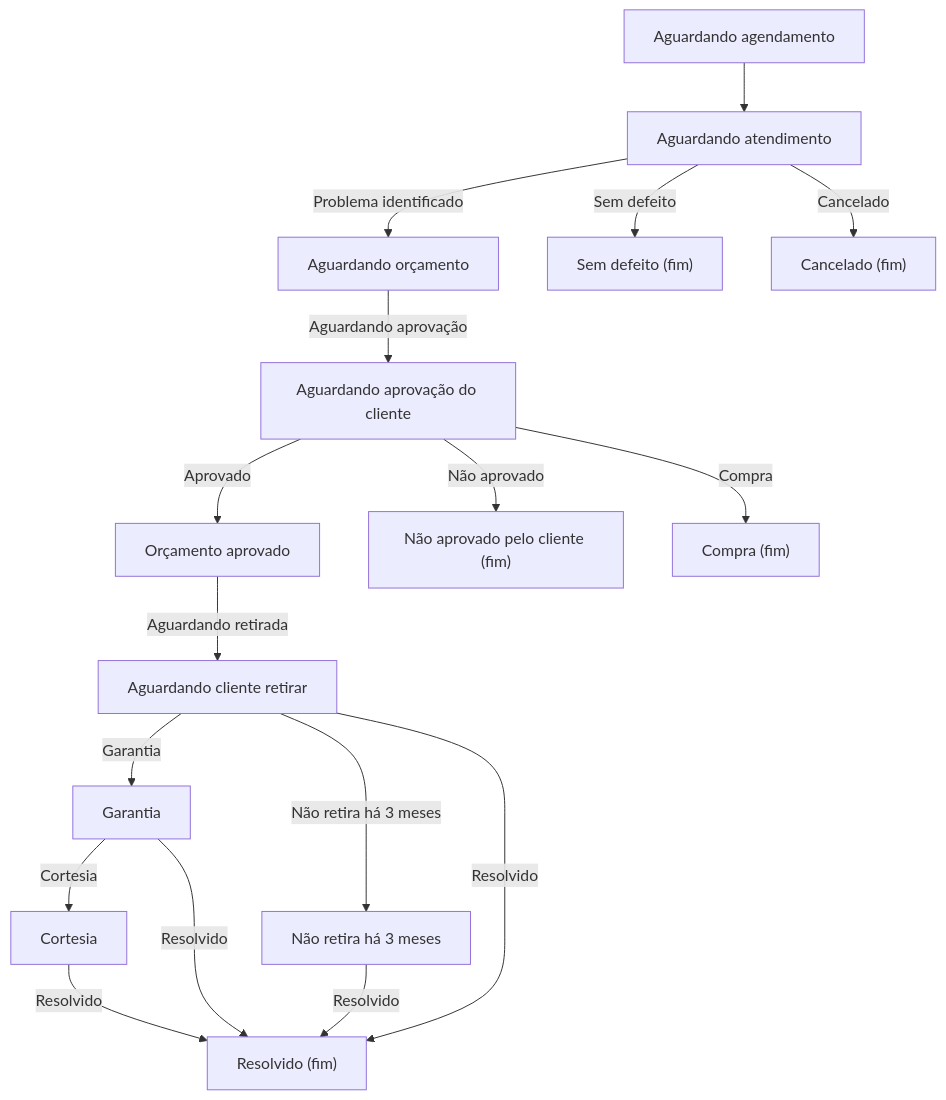
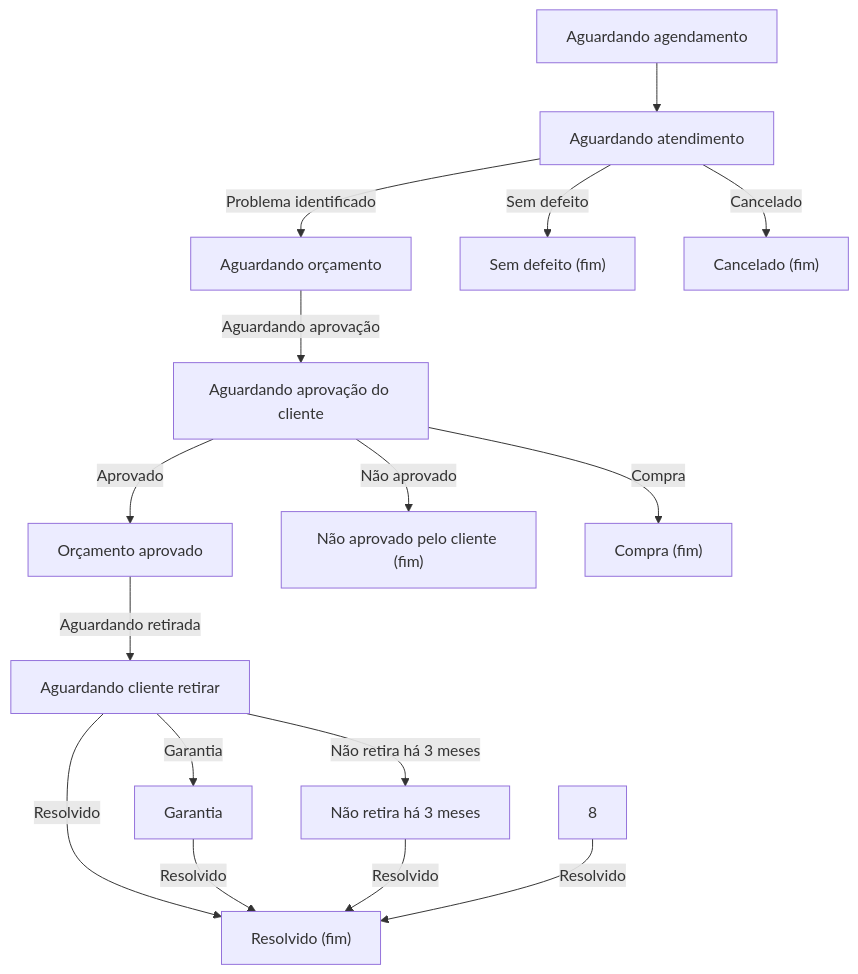
One commit to LucasBonato/ServOeste-Aplicativo changed the first of 5 diagrams in README.md. Above: the diagram before and after it, drawn with Mermaid. The commit also changed 8 other files, not shown here.

````diff
--- a/README.md
+++ b/README.md
@@ -43,25 +43,24 @@
 ```mermaid
 flowchart TD
     1[Aguardando agendamento] --> 2[Aguardando atendimento]
     2 -->|Problema identificado| 3[Aguardando orçamento]
     2 -->|Sem defeito| 3.1["Sem defeito (fim)"]
     2 -->|Cancelado| 3.2["Cancelado (fim)"]
 
     3 -->|Aguardando aprovação| 4[Aguardando aprovação do cliente]
 
     4 -->|Aprovado| 5[Orçamento aprovado]
     4 -->|Não aprovado| 5.1["Não aprovado pelo cliente (fim)"]
     4 -->|Compra| 5.2["Compra (fim)"]
 
     5 -->|Aguardando retirada| 6[Aguardando cliente retirar]
 
     6 -->|Garantia| 7[Garantia]
     6 -->|Não retira há 3 meses| 7.1[Não retira há 3 meses]
     6 -->|Resolvido| 9["Resolvido (fim)"]
 
-    7 -->|Cortesia| 8[Cortesia]
     7 -->|Resolvido| 9["Resolvido (fim)"]
     7.1 -->|Resolvido| 9["Resolvido (fim)"]
 
     8 -->|Resolvido| 9["Resolvido (fim)"]
 ```
````
